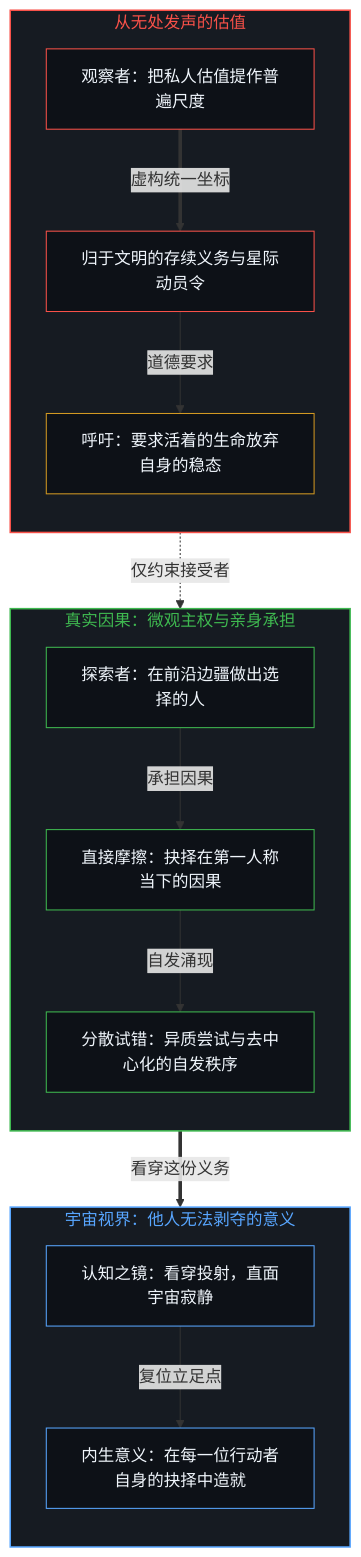
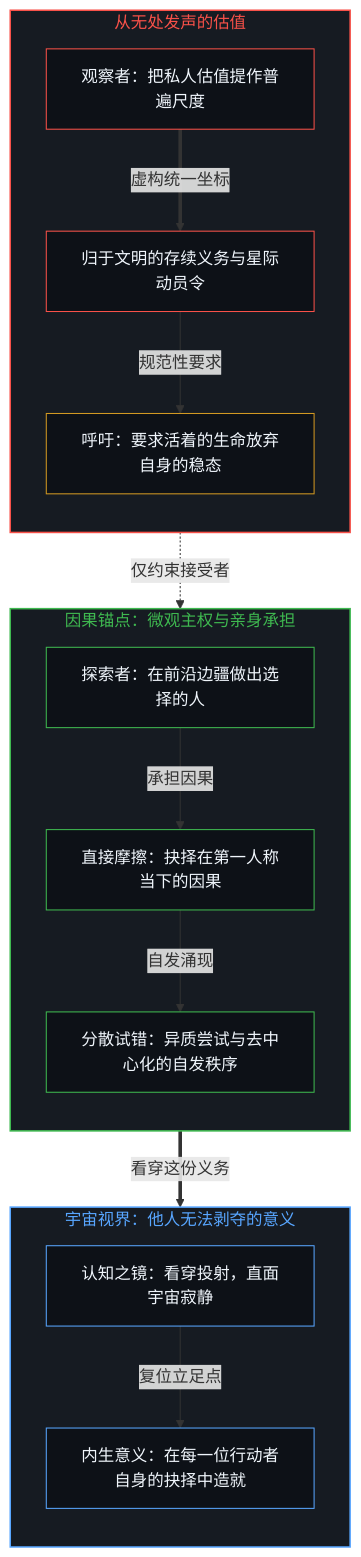
The fifth of 6 diagrams in content/posts/the-fermi-paradox-reified-agency-and-the-great-filter.md (powerpig99/not-a-toe), drawn with Mermaid before and after one commit. The commit also changed other lines of this file and 2 other files, not shown here.

````diff
--- a/content/posts/the-fermi-paradox-reified-agency-and-the-great-filter.md
+++ b/content/posts/the-fermi-paradox-reified-agency-and-the-great-filter.md
@@ -217,45 +193,38 @@
 ```mermaid
 flowchart TD
     subgraph S_Hegemony ["从无处发声的估值"]
         direction TB
         VEC["观察者：把私人估值提作普遍尺度"]
         TOTEM["归于文明的存续义务与星际动员令"]
         COERCION["呼吁：要求活着的生命放弃自身的稳态"]
     end
-
-    subgraph S_Micro ["真实因果：微观主权与亲身承担"]
+    subgraph S_Micro ["因果锚点：微观主权与亲身承担"]
         direction TB
         IND["探索者：在前沿边疆做出选择的人"]
         SKIN["直接摩擦：抉择在第一人称当下的因果"]
         EVO["分散试错：异质尝试与去中心化的自发秩序"]
     end
-
     subgraph S_Horizon ["宇宙视界：他人无法剥夺的意义"]
         direction TB
         MIRROR["认知之镜：看穿投射，直面宇宙寂静"]
         MEANING["内生意义：在每一位行动者自身的抉择中造就"]
     end
-
     VEC ==>|"虚构统一坐标"| TOTEM
-    TOTEM -->|"道德要求"| COERCION
+    TOTEM -->|"规范性要求"| COERCION
     COERCION -.->|"仅约束接受者"| IND
-
     IND -->|"承担因果"| SKIN
     SKIN -->|"自发涌现"| EVO
-
     EVO ==>|"看穿这份义务"| MIRROR
     MIRROR -->|"复位立足点"| MEANING
-
     style S_Hegemony fill:#161b22,stroke:#f85149,stroke-width:1.5px,color:#f85149
     style S_Micro fill:#161b22,stroke:#3fb950,stroke-width:1.5px,color:#3fb950
     style S_Horizon fill:#161b22,stroke:#58a6ff,stroke-width:1.5px,color:#58a6ff
-
     style VEC fill:#0d1117,stroke:#f85149,stroke-width:1px,color:#f0f6fc
     style TOTEM fill:#0d1117,stroke:#f85149,stroke-width:1px,color:#f0f6fc
     style COERCION fill:#0d1117,stroke:#d29922,stroke-width:1px,color:#f0f6fc
     style IND fill:#0d1117,stroke:#3fb950,stroke-width:1px,color:#f0f6fc
     style SKIN fill:#0d1117,stroke:#3fb950,stroke-width:1px,color:#f0f6fc
     style EVO fill:#0d1117,stroke:#3fb950,stroke-width:1px,color:#f0f6fc
     style MIRROR fill:#0d1117,stroke:#58a6ff,stroke-width:1px,color:#f0f6fc
     style MEANING fill:#0d1117,stroke:#58a6ff,stroke-width:1px,color:#f0f6fc
 ```
````
